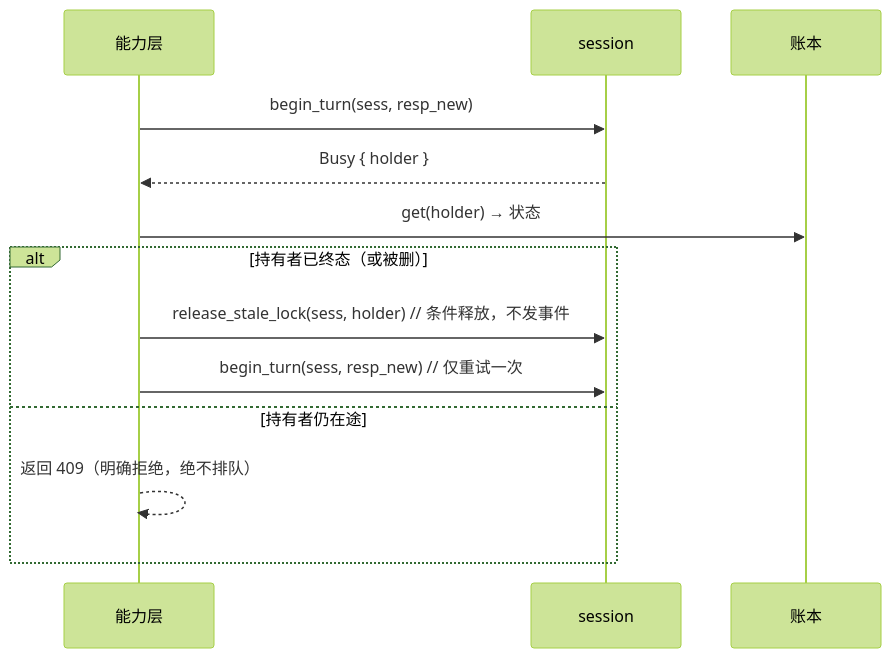
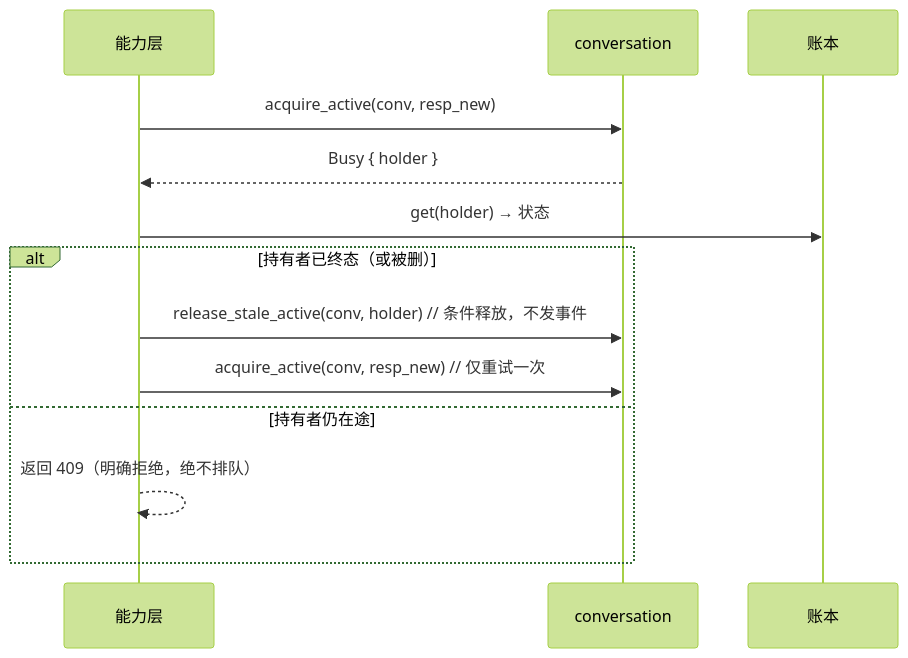
The fifth of 6 diagrams in docs/design/07-conversations-and-sessions.md (charleslyh/nova-chat), drawn with Mermaid (forest theme) before and after one commit. The commit also changed other lines of this file and 58 other files, not shown here.

````diff
--- a/docs/design/07-conversations-and-sessions.md
+++ b/docs/design/07-conversations-and-sessions.md
@@ -154,16 +135,16 @@
 ```mermaid
 sequenceDiagram
     participant SVC as 能力层
-    participant SES as session
+    participant CVS as conversation
     participant LED as 账本
 
-    SVC->>SES: begin_turn(sess, resp_new)
-    SES-->>SVC: Busy { holder }
+    SVC->>CVS: acquire_active(conv, resp_new)
+    CVS-->>SVC: Busy { holder }
     SVC->>LED: get(holder) → 状态
     alt 持有者已终态（或被删）
-        SVC->>SES: release_stale_lock(sess, holder)   // 条件释放，不发事件
-        SVC->>SES: begin_turn(sess, resp_new)         // 仅重试一次
+        SVC->>CVS: release_stale_active(conv, holder)   // 条件释放，不发事件
+        SVC->>CVS: acquire_active(conv, resp_new)       // 仅重试一次
     else 持有者仍在途
         SVC-->>SVC: 返回 409（明确拒绝，绝不排队）
     end
 ```
````
